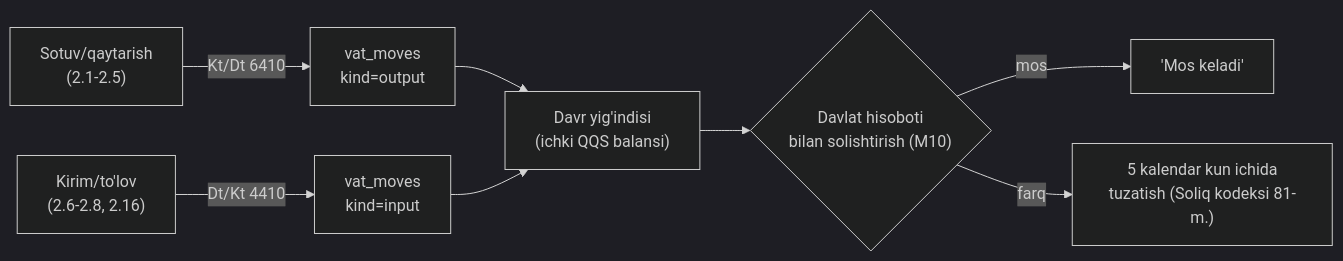
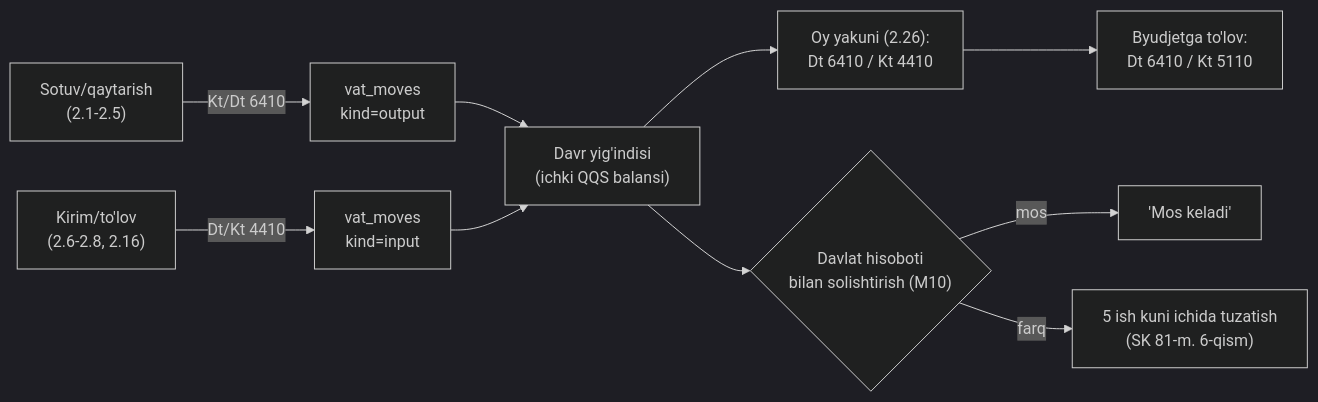
The first of 2 diagrams in spec/kod-uchun/13-provodka-qoidalari.md (hasanoff507/erp), drawn with Mermaid (dark theme) before and after one commit. The commit also changed other lines of this file and 47 other files, not shown here.

````diff
--- a/spec/kod-uchun/13-provodka-qoidalari.md
+++ b/spec/kod-uchun/13-provodka-qoidalari.md
@@ -340,10 +479,12 @@
 ```mermaid
 flowchart LR
   S["Sotuv/qaytarish\n(2.1-2.5)"] -->|Kt/Dt 6410| VO["vat_moves\nkind=output"]
   R["Kirim/to'lov\n(2.6-2.8, 2.16)"] -->|Dt/Kt 4410| VI["vat_moves\nkind=input"]
   VO --> AGG["Davr yig'indisi\n(ichki QQS balansi)"]
   VI --> AGG
+  AGG --> OFF["Oy yakuni (2.26):\nDt 6410 / Kt 4410"]
+  OFF --> PAY["Byudjetga to'lov:\nDt 6410 / Kt 5110"]
   AGG --> CMP{"Davlat hisoboti\nbilan solishtirish (M10)"}
   CMP -->|mos| OK["'Mos keladi'"]
-  CMP -->|farq| DIFF["5 kalendar kun ichida\ntuzatish (Soliq kodeksi 81-m.)"]
+  CMP -->|farq| DIFF["5 ish kuni ichida tuzatish\n(SK 81-m. 6-qism)"]
 ```
````
